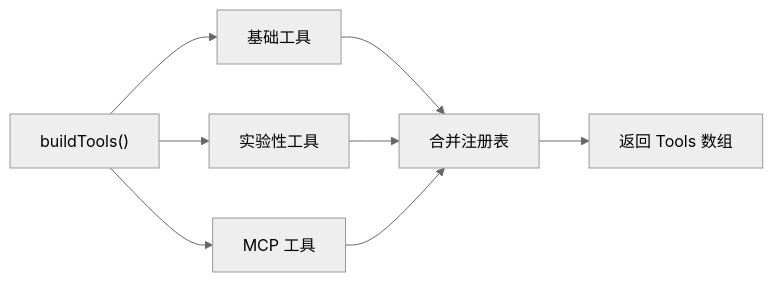
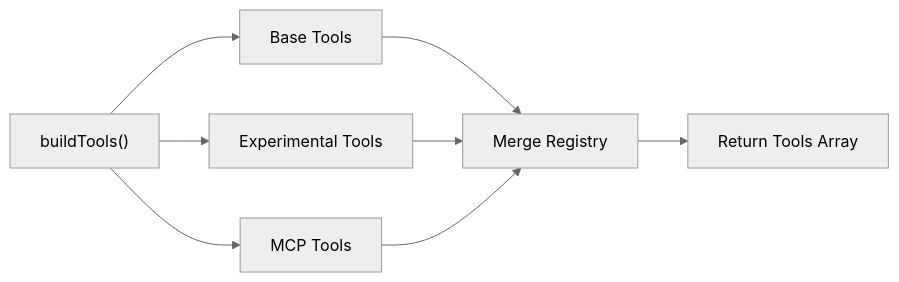
The sixth of 9 diagrams in analysis.md (zenHeart/claude-code-sourcemap), drawn with Mermaid (neutral theme) before and after one commit. The commit also changed other lines of this file, not shown here.

Commit message:
fix: Mermaid diagrams - replace Chinese with English

````diff
--- a/analysis.md
+++ b/analysis.md
@@ -472,10 +472,10 @@
 ```mermaid
 flowchart LR
-    A["buildTools()"] --> B["基础工具"]
-    A --> C["实验性工具"]
-    A --> D["MCP 工具"]
-    B --> E["合并注册表"]
+    A["buildTools()"] --> B["Base Tools"]
+    A --> C["Experimental Tools"]
+    A --> D["MCP Tools"]
+    B --> E["Merge Registry"]
     C --> E
     D --> E
-    E --> F["返回 Tools 数组"]
+    E --> F["Return Tools Array"]
 ```
````
